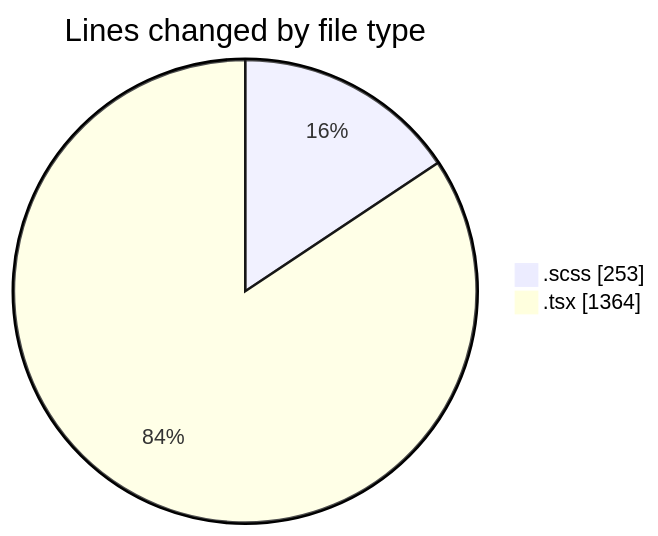
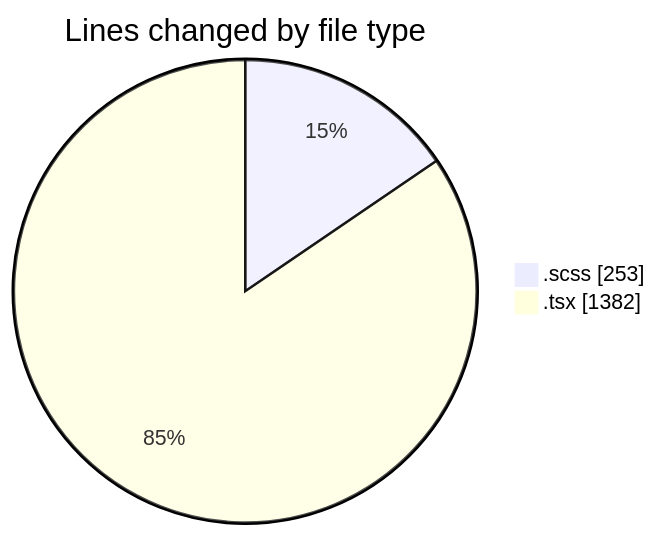
One commit to momahboobian/code-tracking changed the first of 2 diagrams in 2025-08-28/cda/README.md. Above: the diagram before and after it, drawn with Mermaid. The commit also changed other lines of this file and 1 other file, not shown here.

````diff
--- a/2025-08-28/cda/README.md
+++ b/2025-08-28/cda/README.md
@@ -24,6 +24,6 @@
 ```mermaid
 pie showData
 title Lines changed by file type
 ".scss" : 253
-".tsx" : 1364
+".tsx" : 1382
 ```
````
